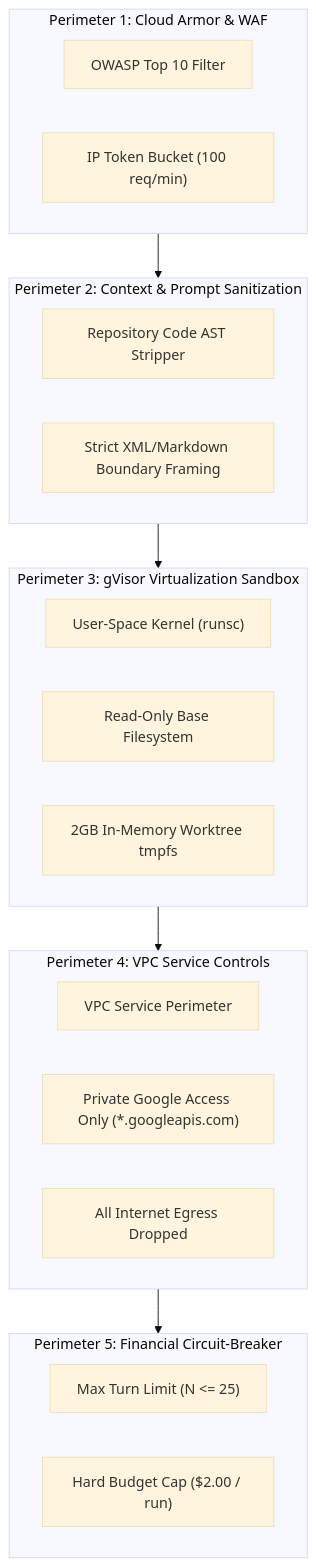
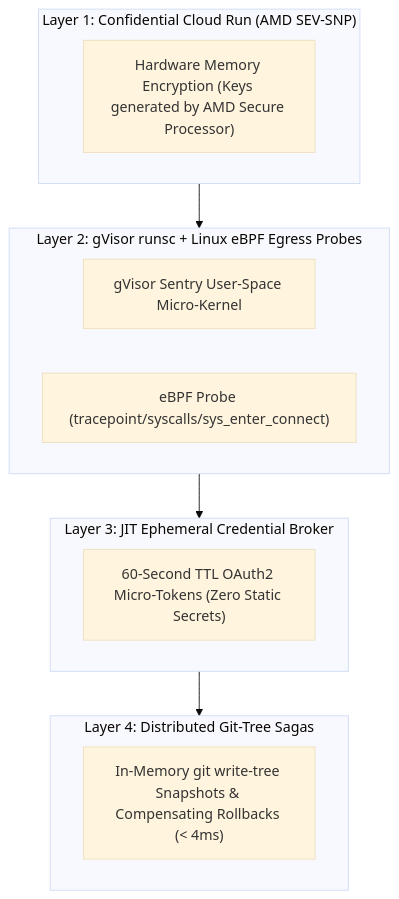
Before and after one commit to lx-singw/benchpress: the first of 2 diagrams in docs/architecture/05-resilience-and-threat-model.md, drawn with Mermaid (base theme). The commit also changed other lines of this file and 8 other files, not shown here.

Commit message:
docs: integrate 5 architectural breakthroughs and complete 10-ADR production suite

````diff
--- a/docs/architecture/05-resilience-and-threat-model.md
+++ b/docs/architecture/05-resilience-and-threat-model.md
@@ -35,31 +13,21 @@
 ```mermaid
 flowchart TD
-    subgraph IngressBoundary["Perimeter 1: Cloud Armor & WAF"]
-        WAF["OWASP Top 10 Filter"]
-        RateLimiter["IP Token Bucket (100 req/min)"]
+    subgraph HardwareLayer["Layer 1: Confidential Cloud Run (AMD SEV-SNP)"]
+        HardwareRAM["Hardware Memory Encryption (Keys generated by AMD Secure Processor)"]
     end
 
-    subgraph PromptIsolation["Perimeter 2: Context & Prompt Sanitization"]
-        ContextSanitizer["Repository Code AST Stripper"]
-        DelimiterEnforcer["Strict XML/Markdown Boundary Framing"]
+    subgraph KernelLayer["Layer 2: gVisor runsc + Linux eBPF Egress Probes"]
+        SentryKernel["gVisor Sentry User-Space Micro-Kernel"]
+        eBPFProbe["eBPF Probe (tracepoint/syscalls/sys_enter_connect)"]
     end
 
-    subgraph KernelSandbox["Perimeter 3: gVisor Virtualization Sandbox"]
-        SentryKernel["User-Space Kernel (runsc)"]
-        ReadOnlyFS["Read-Only Base Filesystem"]
-        TmpFS["2GB In-Memory Worktree tmpfs"]
+    subgraph IdentityLayer["Layer 3: JIT Ephemeral Credential Broker"]
+        STSClient["60-Second TTL OAuth2 Micro-Tokens (Zero Static Secrets)"]
     end
 
-    subgraph NetworkZeroTrust["Perimeter 4: VPC Service Controls"]
-        VPCSC["VPC Service Perimeter"]
-        PrivateGoogle["Private Google Access Only (*.googleapis.com)"]
-        BlockedNet["All Internet Egress Dropped"]
+    subgraph ExecutionLayer["Layer 4: Distributed Git-Tree Sagas"]
+        GitSaga["In-Memory git write-tree Snapshots & Compensating Rollbacks (< 4ms)"]
     end
 
-    subgraph FinancialGuard["Perimeter 5: Financial Circuit-Breaker"]
-        BudgetGuard["Max Turn Limit (N <= 25)"]
-        DollarCap["Hard Budget Cap ($2.00 / run)"]
-    end
-
-    IngressBoundary --> PromptIsolation --> KernelSandbox --> NetworkZeroTrust --> FinancialGuard
+    HardwareLayer --> KernelLayer --> IdentityLayer --> ExecutionLayer
 ```
````
